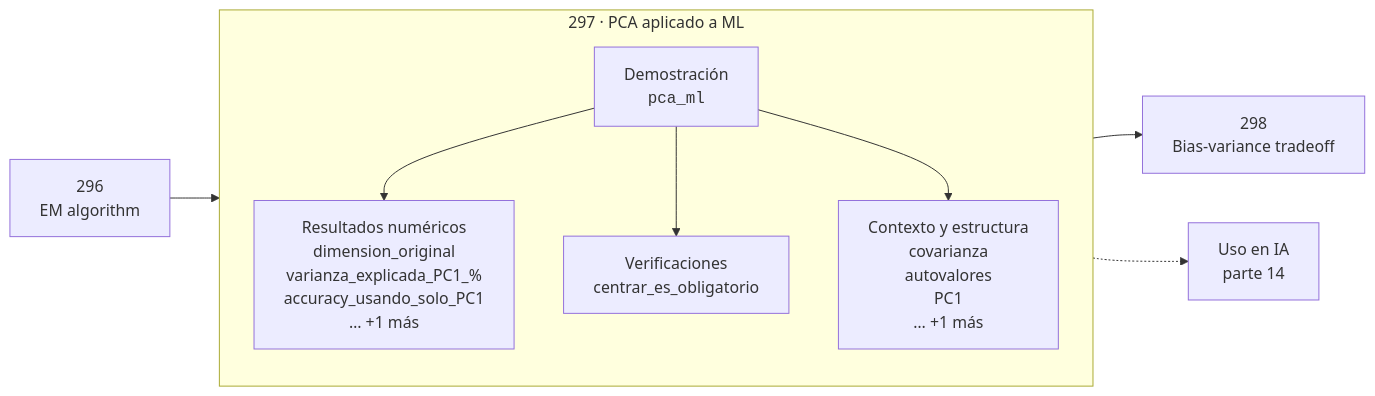
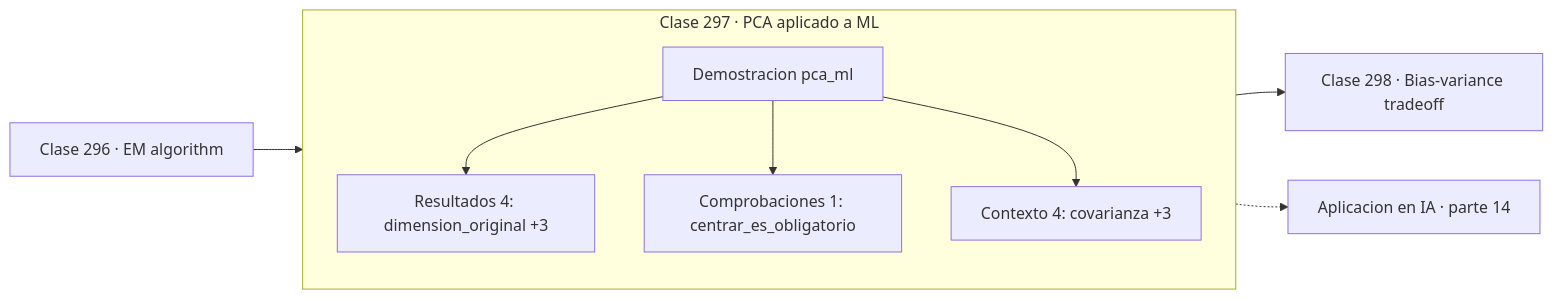
One commit to vladimiracunadev-create/computational-mathematics-program changed the diagram in classes/part-14-matematica-de-machine-learning/297-pca-aplicado-a-ml/README.md. Above: the diagram before and after it, drawn with Mermaid. The commit also changed 389 other files, not shown here.

First line of the commit message:
fix(diagramas): elimina el HTML de las etiquetas Mermaid

````diff
--- a/classes/part-14-matematica-de-machine-learning/297-pca-aplicado-a-ml/README.md
+++ b/classes/part-14-matematica-de-machine-learning/297-pca-aplicado-a-ml/README.md
@@ -30,12 +30,13 @@
 ```mermaid
 flowchart LR
-    P["296<br/>EM algorithm"] --> C
-    subgraph C["297 · PCA aplicado a ML"]
+    P["Clase 296 · EM algorithm"] --> D
+    subgraph CLASE["Clase 297 · PCA aplicado a ML"]
         direction TB
-        D["Demostración<br/><code>pca_ml</code>"] --> R["Resultados numéricos<br/>dimension_original<br/>varianza_explicada_PC1_%<br/>accuracy_usando_solo_PC1<br/>… +1 más"]
-        D --> V["Verificaciones<br/>centrar_es_obligatorio"]
-        D --> O["Contexto y estructura<br/>covarianza<br/>autovalores<br/>PC1<br/>… +1 más"]
+        D["Demostracion pca_ml"]
+        D --> R["Resultados 4: dimension_original +3"]
+        D --> V["Comprobaciones 1: centrar_es_obligatorio"]
+        D --> O["Contexto 4: covarianza +3"]
     end
-    C --> N["298<br/>Bias-variance tradeoff"]
-    C -.-> IA["Uso en IA<br/>parte 14"]
+    R --> N["Clase 298 · Bias-variance tradeoff"]
+    V -.-> IA["Aplicacion en IA · parte 14"]
 ```
````
